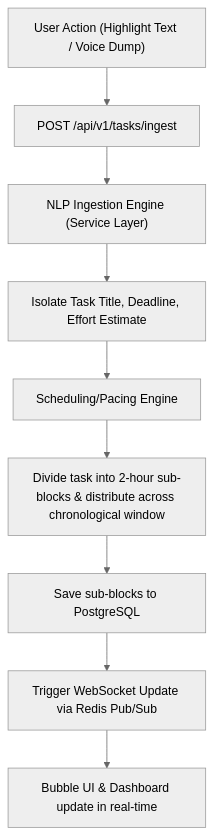
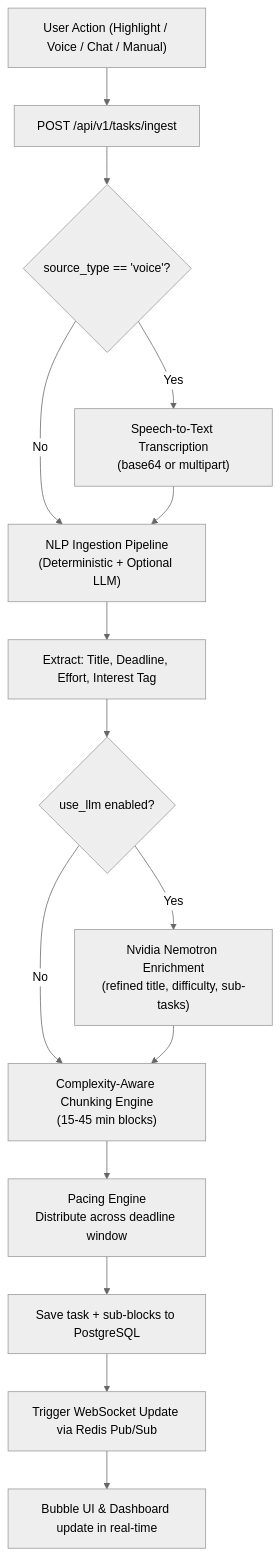
One commit to MostafaAI10/Dopa_Pal changed the second of 7 diagrams in README.md. Above: the diagram before and after it, drawn with Mermaid (neutral theme). The commit also changed other lines of this file and 25 other files, not shown here.

````diff
--- a/README.md
+++ b/README.md
@@ -199,11 +307,17 @@
 ```mermaid
 flowchart TD
-    Start["User Action (Highlight Text / Voice Dump)"] --> Ingest["POST /api/v1/tasks/ingest"]
-    Ingest --> Parser["NLP Ingestion Engine (Service Layer)"]
-    Parser --> NLP["Isolate Task Title, Deadline, Effort Estimate"]
-    NLP --> Pacing["Scheduling/Pacing Engine"]
-    Pacing --> Split["Divide task into 2-hour sub-blocks & distribute across chronological window"]
-    Split --> DB["Save sub-blocks to PostgreSQL"]
+    Start["User Action (Highlight / Voice / Chat / Manual)"] --> Ingest["POST /api/v1/tasks/ingest"]
+    Ingest --> VoiceCheck{source_type == 'voice'?}
+    VoiceCheck -- Yes --> STT["Speech-to-Text Transcription<br/>(base64 or multipart)"]
+    VoiceCheck -- No --> Parser
+    STT --> Parser["NLP Ingestion Pipeline<br/>(Deterministic + Optional LLM)"]
+    Parser --> NLP["Extract: Title, Deadline, Effort, Interest Tag"]
+    NLP --> LLMCheck{use_llm enabled?}
+    LLMCheck -- Yes --> LLMEnrich["Nvidia Nemotron Enrichment<br/>(refined title, difficulty, sub-tasks)"]
+    LLMCheck -- No --> Chunk
+    LLMEnrich --> Chunk["Complexity-Aware Chunking Engine<br/>(15-45 min blocks)"]
+    Chunk --> Pacing["Pacing Engine<br/>Distribute across deadline window"]
+    Pacing --> DB["Save task + sub-blocks to PostgreSQL"]
     DB --> WS["Trigger WebSocket Update via Redis Pub/Sub"]
     WS --> Client["Bubble UI & Dashboard update in real-time"]
 ```
````
